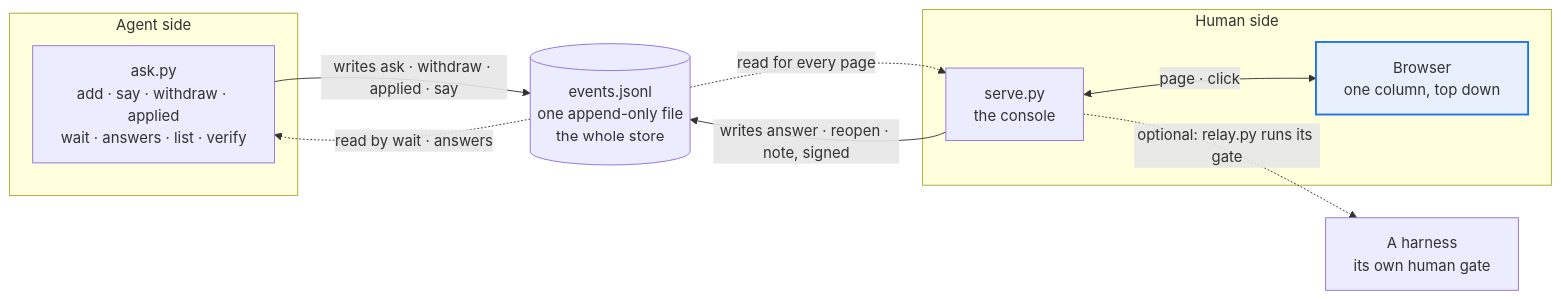
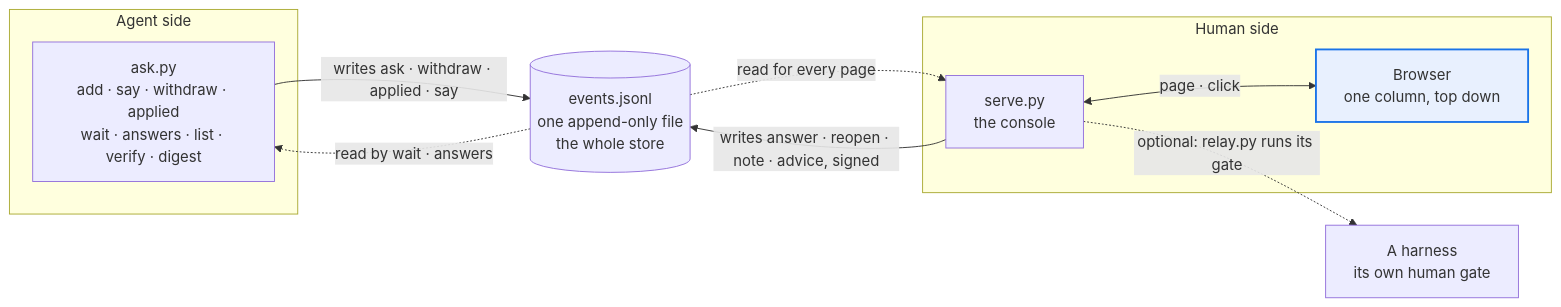
The first of 4 diagrams in console/README.md (thaddeus-growth/Agent-Harness-playbook), drawn with Mermaid before and after one commit. The commit also changed other lines of this file and 62 other files, not shown here.

````diff
--- a/console/README.md
+++ b/console/README.md
@@ -5,19 +5,19 @@
 ```mermaid
 flowchart LR
     subgraph AGENT["Agent side"]
-      AG["ask.py<br/>add · say · withdraw · applied<br/>wait · answers · list · verify"]
+      AG["ask.py<br/>add · say · withdraw · applied<br/>wait · answers · list · verify · digest"]
     end
     LOG[("events.jsonl<br/>one append-only file<br/>the whole store")]
     subgraph HUMAN["Human side"]
       CON["serve.py<br/>the console"]
       BR["Browser<br/>one column, top down"]:::owner
       CON <-->|"page · click"| BR
     end
     GATE["A harness<br/>its own human gate"]
     AG -->|"writes ask · withdraw · applied · say"| LOG
     LOG -. "read by wait · answers" .-> AG
-    CON -->|"writes answer · reopen · note, signed"| LOG
+    CON -->|"writes answer · reopen · note · advice, signed"| LOG
     LOG -. "read for every page" .-> CON
     CON -. "optional: relay.py runs its gate" .-> GATE
     classDef owner fill:#e8f0fe,stroke:#1a73e8,stroke-width:2px
 ```
````
